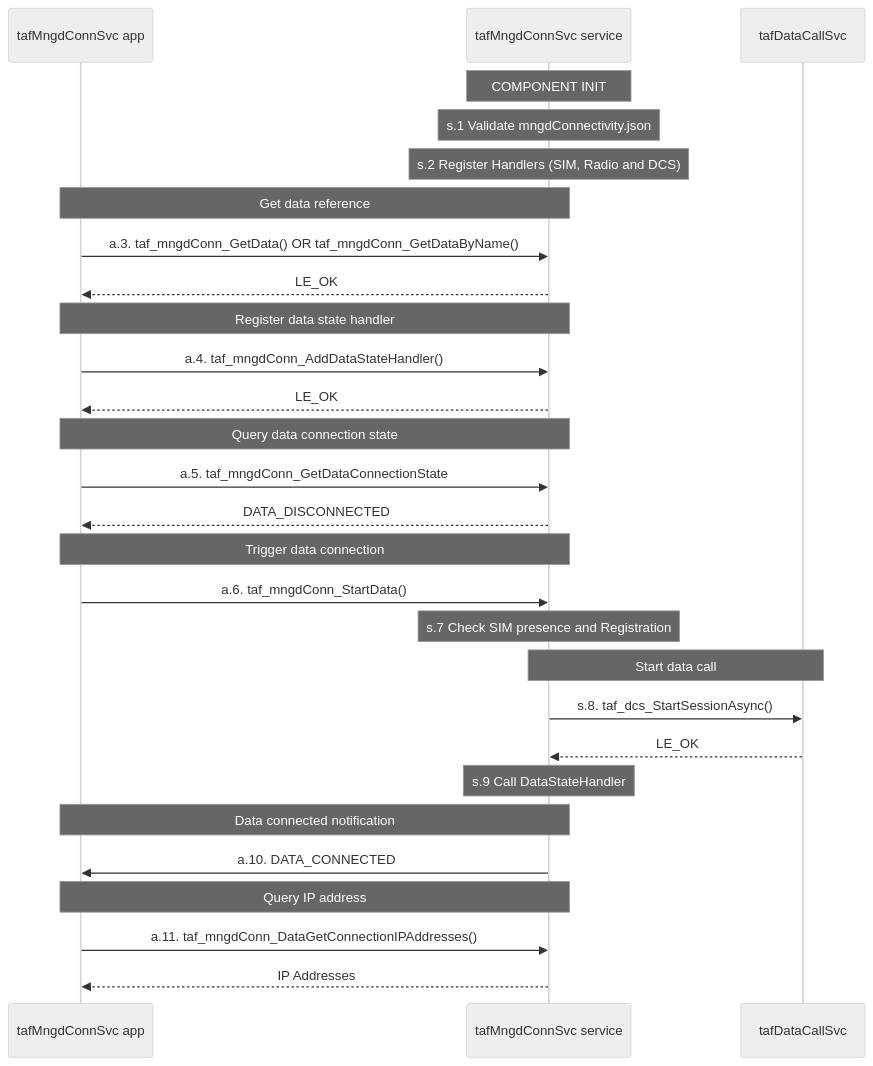
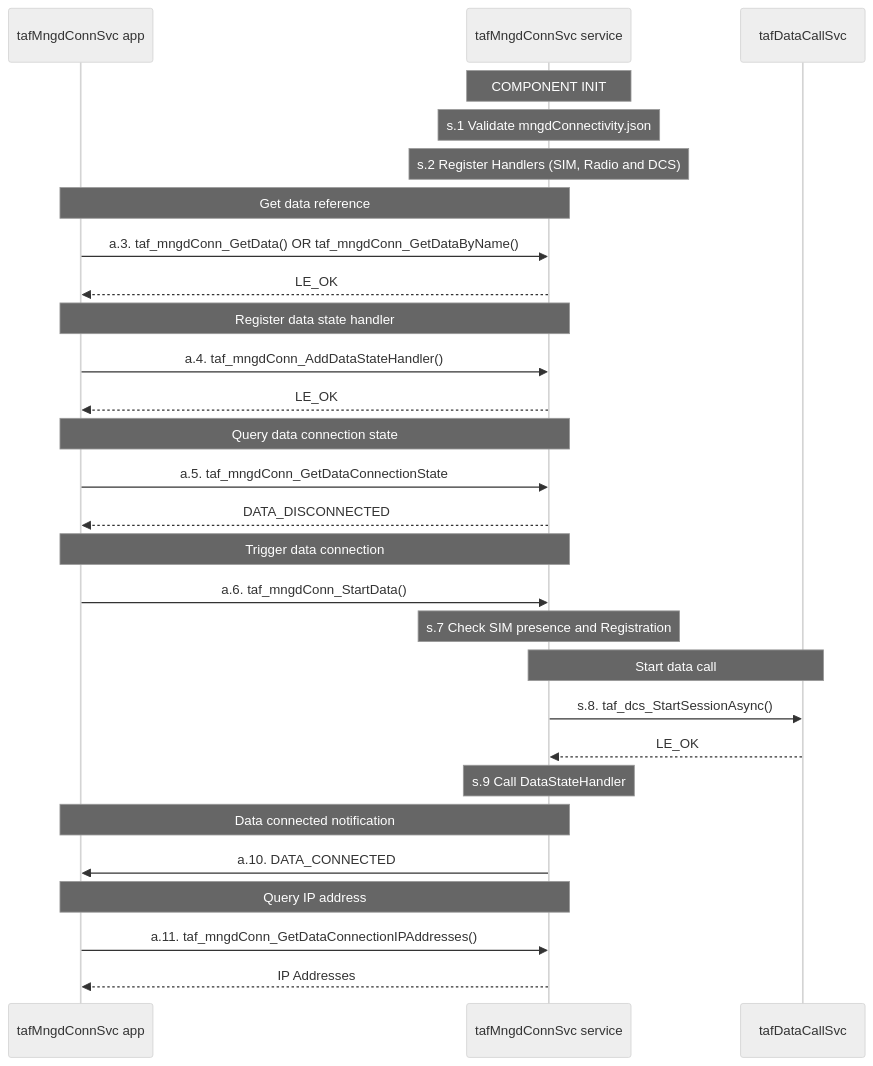
One commit to CodeLinaro-mirror/le_platform_TelAF changed the second of 2 diagrams in doc/rst/mngdConn.rst. Above: the diagram before and after it, drawn with Mermaid (neutral theme). The commit also changed other lines of this file and 1 other file, not shown here.

Commit message:
doc: Update MPMS and mngdConn documentation
Add MPMS power management sequence diagrams to mpms.rst showing power state
transitions:
- Graceful System Shutdown
- System Suspend
- TCU Resume
- Forced System Restart

Also fix function name capitalization in mngdConn.rst:
- taf_mngdConn_DataGetConnectionIPAddresses() ->
  taf_mngdConn_GetDataConnectionIPAddresses()

```diff
--- a/doc/rst/mngdConn.rst
+++ b/doc/rst/mngdConn.rst
@@ -89,41 +89,41 @@
 .. mermaid::
 
      sequenceDiagram
          participant App as tafMngdConnSvc app
          participant Svc as tafMngdConnSvc service
          participant DCS as tafDataCallSvc
 
          Note over Svc: COMPONENT INIT
 
          Note over Svc: s.1 Validate mngdConnectivity.json
          Note over Svc: s.2 Register Handlers (SIM, Radio and DCS)
 
          Note over App,Svc: Get data reference
          App->>Svc: a.3. taf_mngdConn_GetData() OR taf_mngdConn_GetDataByName()
          Svc-->>App: LE_OK
 
          Note over App,Svc: Register data state handler
          App->>Svc: a.4. taf_mngdConn_AddDataStateHandler()
          Svc-->>App: LE_OK
 
          Note over App,Svc: Query data connection state
          App->>Svc: a.5. taf_mngdConn_GetDataConnectionState
          Svc-->>App: DATA_DISCONNECTED
 
          Note over App,Svc: Trigger data connection
          App->>Svc: a.6. taf_mngdConn_StartData()
 
          Note over Svc: s.7 Check SIM presence and Registration
 
          Note over Svc,DCS: Start data call
          Svc->>DCS: s.8. taf_dcs_StartSessionAsync()
          DCS-->>Svc: LE_OK
 
          Note over Svc: s.9 Call DataStateHandler
 
          Note over App,Svc: Data connected notification
          Svc->>App: a.10. DATA_CONNECTED
 
          Note over App,Svc: Query IP address
-         App->>Svc: a.11. taf_mngdConn_DataGetConnectionIPAddresses()
+         App->>Svc: a.11. taf_mngdConn_GetDataConnectionIPAddresses()
          Svc-->>App: IP Addresses
```
